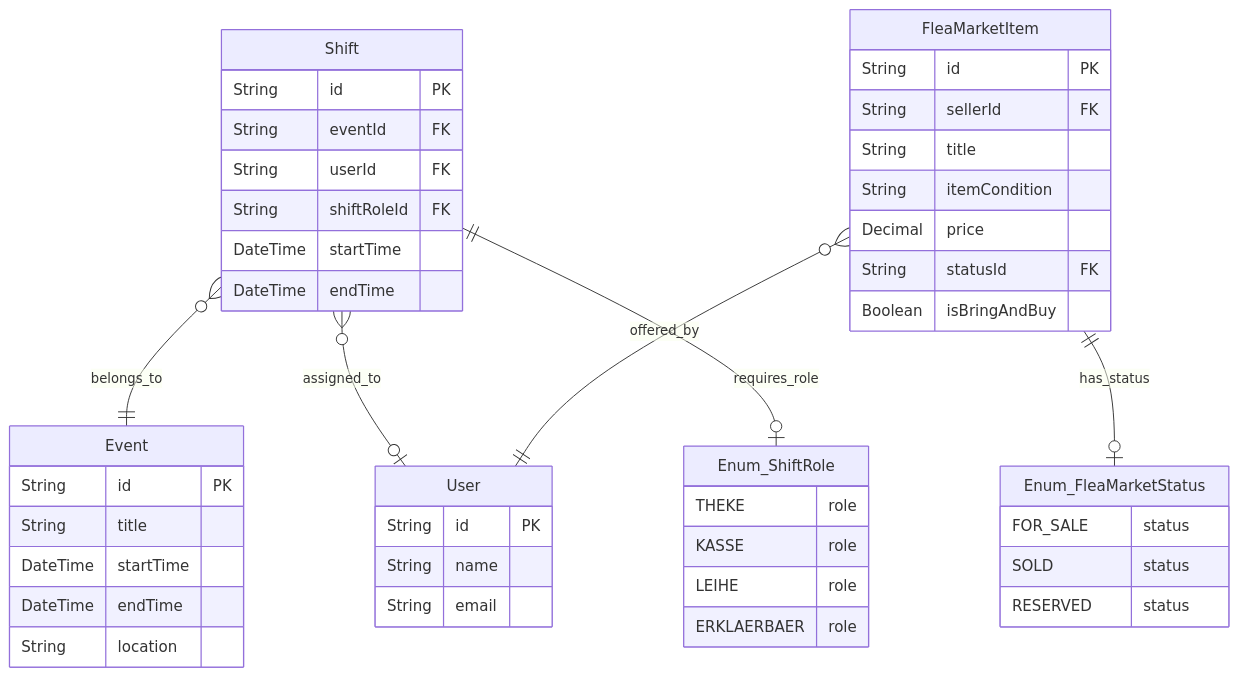
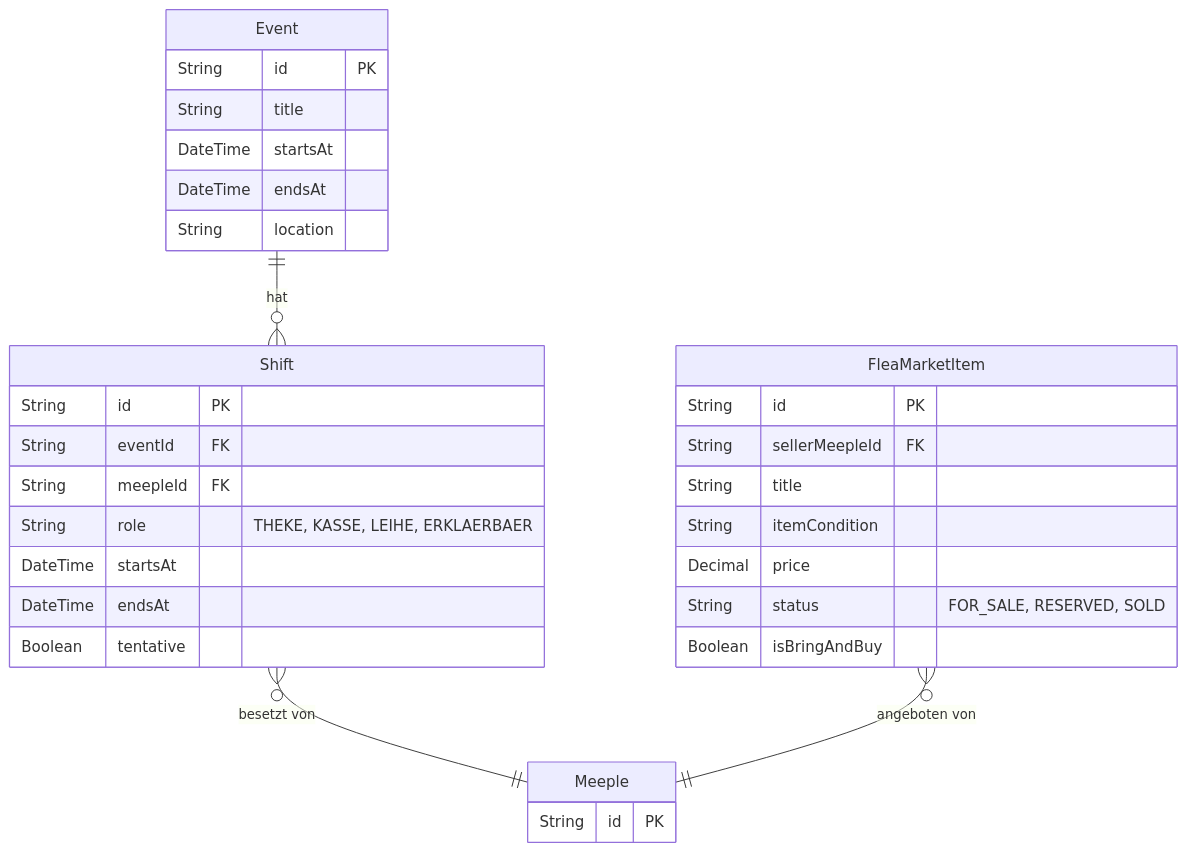
The fifth of 5 diagrams in docs/schema.md (oecher-meeples/portal), drawn with Mermaid before and after one commit. The commit also changed other lines of this file and 5 other files, not shown here.

````diff
--- a/docs/schema.md
+++ b/docs/schema.md
@@ -184,56 +286,38 @@
 ```mermaid
 erDiagram
-    Enum_ShiftRole {
-        THEKE role
-        KASSE role
-        LEIHE role
-        ERKLAERBAER role
-    }
-
-    Enum_FleaMarketStatus {
-        FOR_SALE status
-        SOLD status
-        RESERVED status
-    }
-
-    User {
-        String id PK
-        String name
-        String email
-    }
-
     Event {
         String id PK
         String title
-        DateTime startTime
-        DateTime endTime
+        DateTime startsAt
+        DateTime endsAt
         String location
     }
 
     Shift {
         String id PK
         String eventId FK
-        String userId FK
-        String shiftRoleId FK
-        DateTime startTime
-        DateTime endTime
+        String meepleId FK
+        String role "THEKE, KASSE, LEIHE, ERKLAERBAER"
+        DateTime startsAt
+        DateTime endsAt
+        Boolean tentative
     }
 
     FleaMarketItem {
         String id PK
-        String sellerId FK
+        String sellerMeepleId FK
         String title
         String itemCondition
         Decimal price
-        String statusId FK
+        String status "FOR_SALE, RESERVED, SOLD"
         Boolean isBringAndBuy
     }
 
-    Shift }o--|| Event : "belongs_to"
-    Shift }o--o| User : "assigned_to"
-    Shift ||--o| Enum_ShiftRole : "requires_role"
-    
-    FleaMarketItem }o--|| User : "offered_by"
-    FleaMarketItem ||--o| Enum_FleaMarketStatus : "has_status"
+    Event ||--o{ Shift : "hat"
+    Shift }o--|| Meeple : "besetzt von"
+    FleaMarketItem }o--|| Meeple : "angeboten von"
 
+    Meeple {
+        String id PK
+    }
 ```
````
